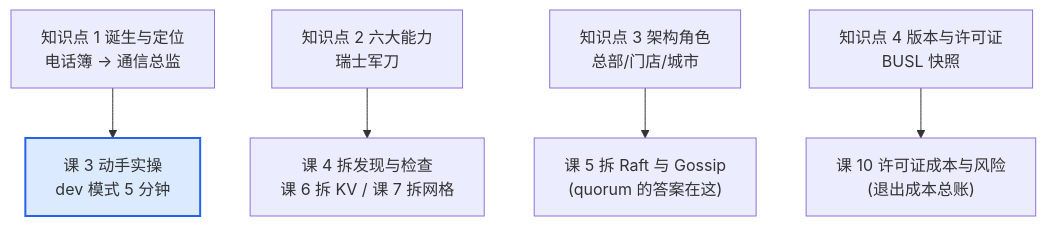
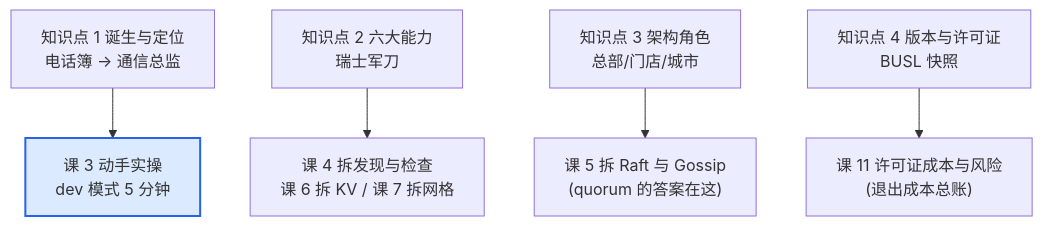
Before and after one commit to HACK-WU/learning: the fifth of 5 diagrams in consul/stages/1-认识Consul/lessons/lesson-02-Consul是什么与能力全景.md, drawn with Mermaid. The commit also changed other lines of this file and 59 other files, not shown here.

````diff
--- a/consul/stages/1-认识Consul/lessons/lesson-02-Consul是什么与能力全景.md
+++ b/consul/stages/1-认识Consul/lessons/lesson-02-Consul是什么与能力全景.md
@@ -232,8 +232,8 @@
 ```mermaid
 flowchart TD
     K1["知识点 1 诞生与定位<br/>电话簿 → 通信总监"] --> NEXT3["课 3 动手实操<br/>dev 模式 5 分钟"]
     K2["知识点 2 六大能力<br/>瑞士军刀"] --> NEXT4["课 4 拆发现与检查<br/>课 6 拆 KV / 课 7 拆网格"]
     K3["知识点 3 架构角色<br/>总部/门店/城市"] --> NEXT5["课 5 拆 Raft 与 Gossip<br/>(quorum 的答案在这)"]
-    K4["知识点 4 版本与许可证<br/>BUSL 快照"] --> NEXT10["课 10 许可证成本与风险<br/>(退出成本总账)"]
+    K4["知识点 4 版本与许可证<br/>BUSL 快照"] --> NEXT10["课 11 许可证成本与风险<br/>(退出成本总账)"]
     style NEXT3 fill:#dbeafe,stroke:#2563eb,stroke-width:2px
 ```
````
